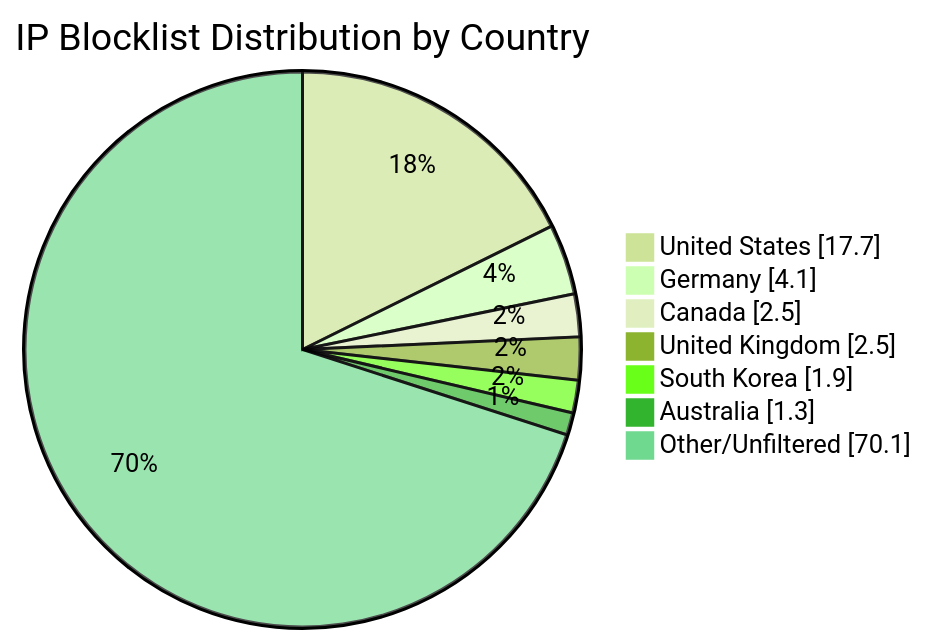
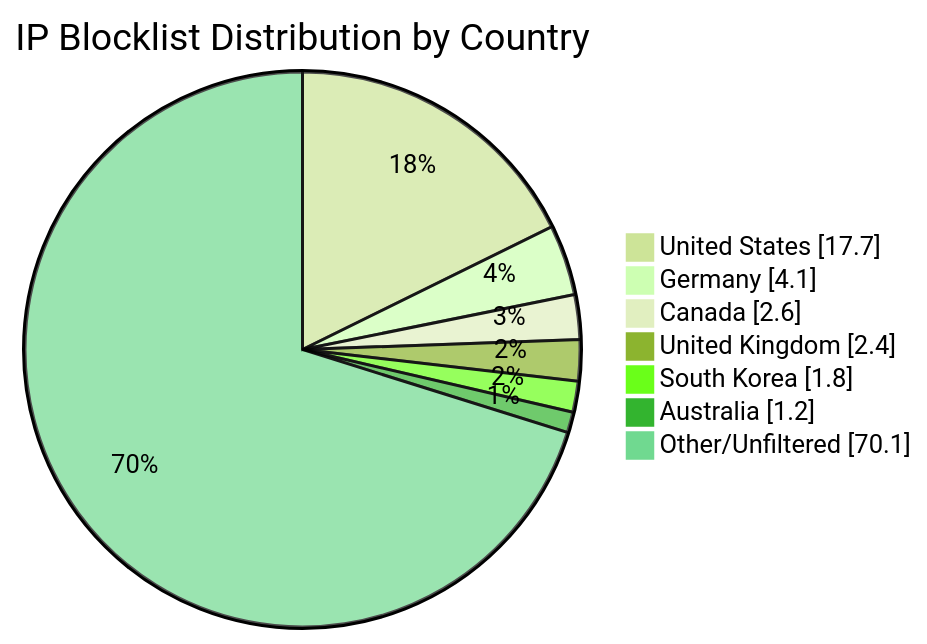
Before and after one commit to MarcusHoltz/ipblocklist-geofiltered-aggregator: the diagram in README.md, drawn with Mermaid (forest theme). The commit also changed other lines of this file and 9 other files, not shown here.

````diff
--- a/README.md
+++ b/README.md
@@ -34,10 +34,10 @@
 ```mermaid
 pie showData title IP Blocklist Distribution by Country
 "United States" : 17.7
 "Germany" : 4.1
-"Canada" : 2.5
-"United Kingdom" : 2.5
-"South Korea" : 1.9
-"Australia" : 1.3
+"Canada" : 2.6
+"United Kingdom" : 2.4
+"South Korea" : 1.8
+"Australia" : 1.2
 "Other/Unfiltered" : 70.1
 ```
````
